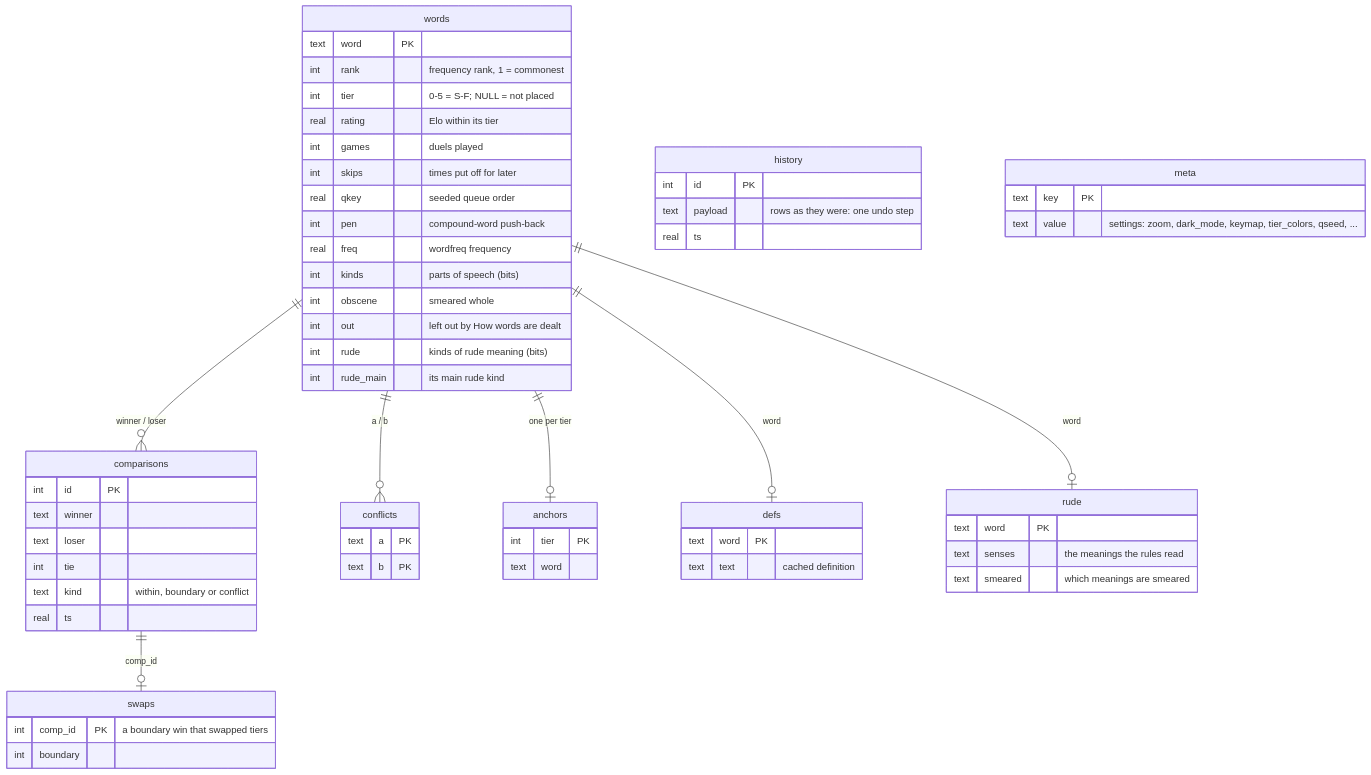
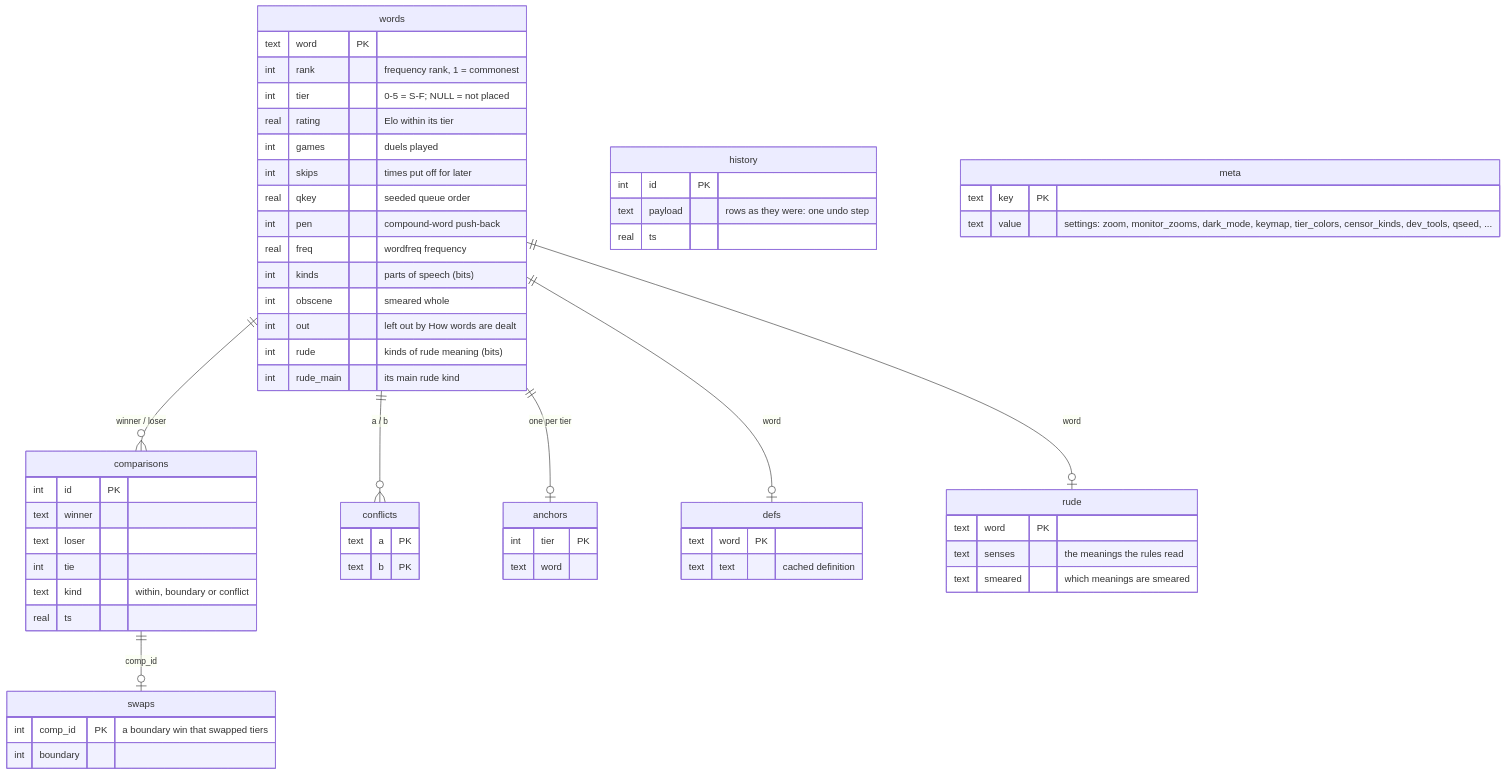
One commit to kiva-mccr/Word-Tierlister changed the sixth of 13 diagrams in DEVELOPERS.md. Above: the diagram before and after it, drawn with Mermaid. The commit also changed other lines of this file and 3 other files, not shown here.

First line of the commit message:
Docs: bring the guides and charts up to date with #36-#47

````diff
--- a/DEVELOPERS.md
+++ b/DEVELOPERS.md
@@ -225,63 +236,63 @@
 ```mermaid
 erDiagram
     words {
         text word PK
         int rank "frequency rank, 1 = commonest"
         int tier "0-5 = S-F; NULL = not placed"
         real rating "Elo within its tier"
         int games "duels played"
         int skips "times put off for later"
         real qkey "seeded queue order"
         int pen "compound-word push-back"
         real freq "wordfreq frequency"
         int kinds "parts of speech (bits)"
         int obscene "smeared whole"
         int out "left out by How words are dealt"
         int rude "kinds of rude meaning (bits)"
         int rude_main "its main rude kind"
     }
     comparisons {
         int id PK
         text winner
         text loser
         int tie
         text kind "within, boundary or conflict"
         real ts
     }
     conflicts {
         text a PK
         text b PK
     }
     swaps {
         int comp_id PK "a boundary win that swapped tiers"
         int boundary
     }
     anchors {
         int tier PK
         text word
     }
     defs {
         text word PK
         text text "cached definition"
     }
     rude {
         text word PK
         text senses "the meanings the rules read"
         text smeared "which meanings are smeared"
     }
     history {
         int id PK
         text payload "rows as they were: one undo step"
         real ts
     }
     meta {
         text key PK
-        text value "settings: zoom, dark_mode, keymap, tier_colors, qseed, ..."
+        text value "settings: zoom, monitor_zooms, dark_mode, keymap, tier_colors, censor_kinds, dev_tools, qseed, ..."
     }
     words ||--o{ comparisons : "winner / loser"
     words ||--o{ conflicts : "a / b"
     comparisons ||--o| swaps : "comp_id"
     words ||--o| anchors : "one per tier"
     words ||--o| defs : "word"
     words ||--o| rude : "word"
 ```
````
